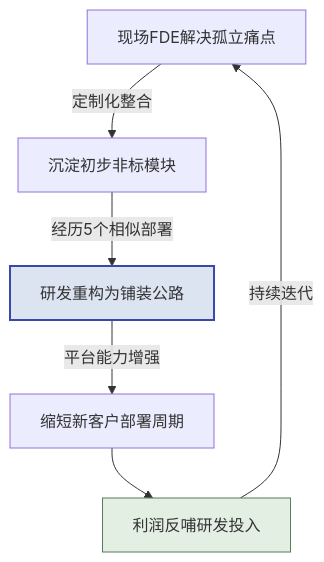
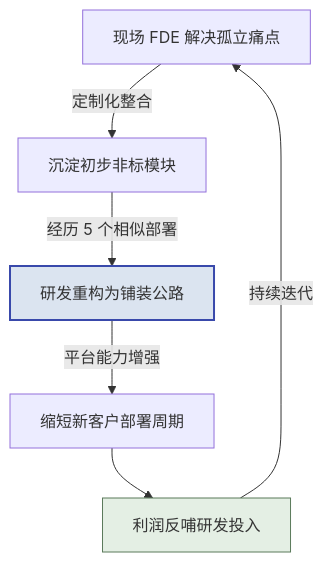
One commit to cloudzun/fde-course changed the first of 2 diagrams in textbook/第04章_Palantir经典案例集.md. Above: the diagram before and after it, drawn with Mermaid. The commit also changed other lines of this file and 25 other files, not shown here.

````diff
--- a/textbook/第04章_Palantir经典案例集.md
+++ b/textbook/第04章_Palantir经典案例集.md
@@ -117,11 +117,11 @@
 ```mermaid
 graph TD
-    pit["现场FDE解决孤立痛点"] -->|定制化整合| mod["沉淀初步非标模块"]
-    mod -->|经历5个相似部署| road["研发重构为铺装公路"]
+    pit["现场 FDE 解决孤立痛点"] -->|定制化整合| mod["沉淀初步非标模块"]
+    mod -->|经历 5 个相似部署| road["研发重构为铺装公路"]
     road -->|平台能力增强| fast["缩短新客户部署周期"]
     fast --> fund["利润反哺研发投入"]
     fund -->|持续迭代| pit
     
     style road fill:#dbe4f0,stroke:#3949ab,stroke-width:2px
     style fund fill:#e4efe4,stroke:#5b7a5b
 ```
````
